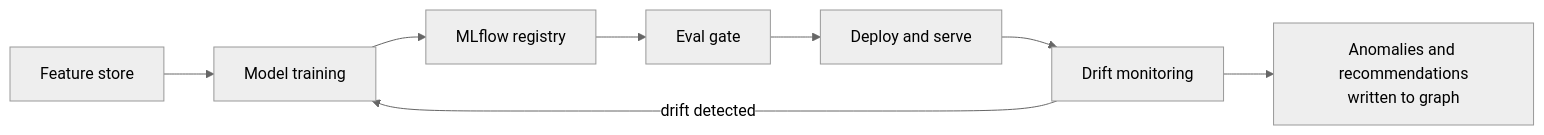
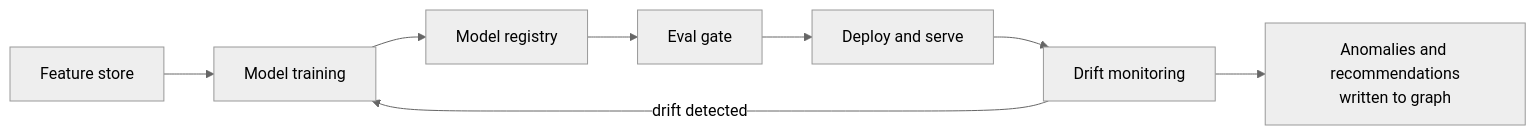
One commit to mbnest/finops-intelligence-platform changed the diagram in docs/Solution_Architecture_MLOps_Pipeline.md. Above: the diagram before and after it, drawn with Mermaid (neutral theme). The commit also changed other lines of this file and 7 other files, not shown here.

````diff
--- a/docs/Solution_Architecture_MLOps_Pipeline.md
+++ b/docs/Solution_Architecture_MLOps_Pipeline.md
@@ -40,10 +40,10 @@
 ```mermaid
 flowchart LR
     FS[Feature store] --> TR[Model training]
-    TR --> REG[MLflow registry]
+    TR --> REG[Model registry]
     REG --> EVAL[Eval gate]
     EVAL --> DEPLOY[Deploy and serve]
     DEPLOY --> MON[Drift monitoring]
     MON -->|drift detected| TR
     MON --> OUT[Anomalies and recommendations<br/>written to graph]
 ```
````
